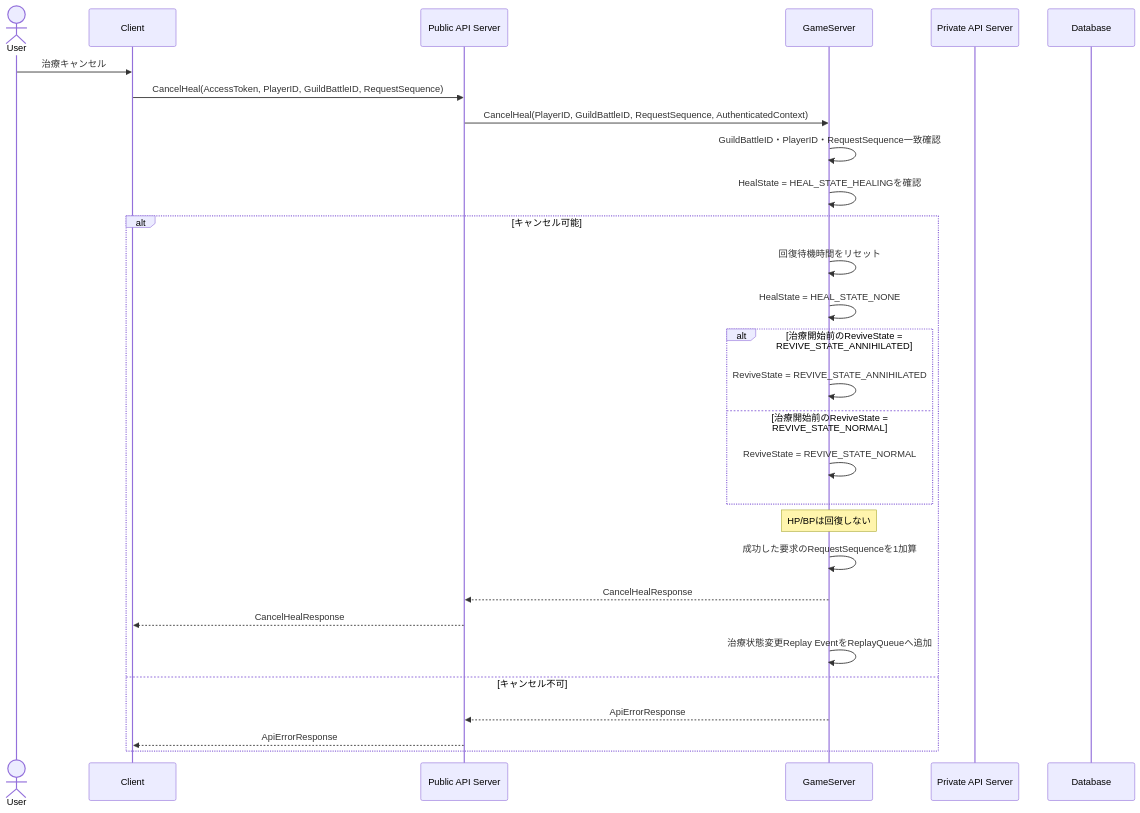
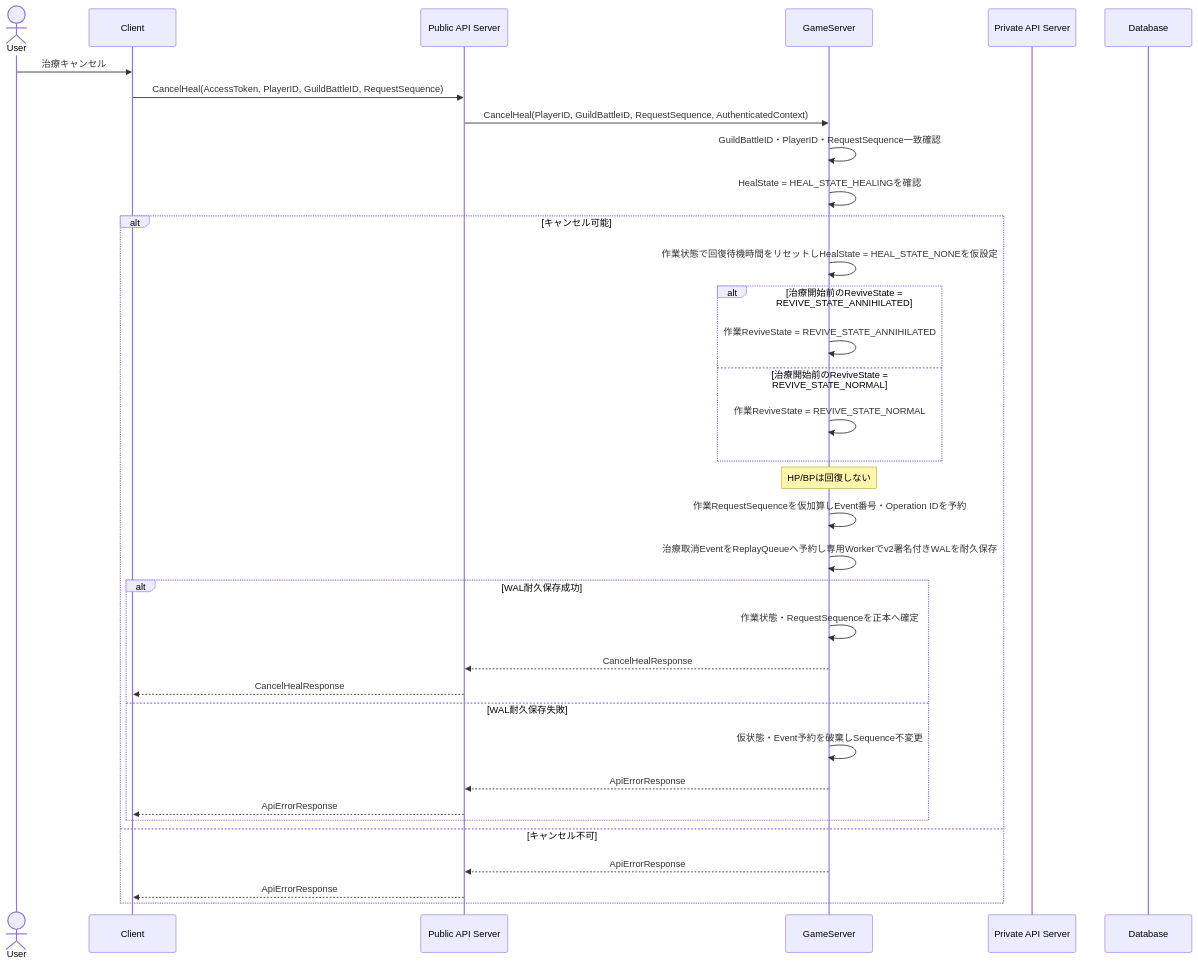
One commit to ReHydrangeaOdyssey/Specifications changed the ninth of 14 diagrams in design/server/guild_battle.md. Above: the diagram before and after it, drawn with Mermaid. The commit also changed other lines of this file and 8 other files, not shown here.

````diff
--- a/design/server/guild_battle.md
+++ b/design/server/guild_battle.md
@@ -484,35 +523,40 @@
 ```mermaid
 sequenceDiagram
     actor User
     participant Client
     participant PublicAPIServer as Public API Server
     participant GameServer
     participant PrivateAPIServer as Private API Server
     participant Database
 
     User->>Client: 治療キャンセル
     Client->>PublicAPIServer: CancelHeal(AccessToken, PlayerID, GuildBattleID, RequestSequence)
     PublicAPIServer->>GameServer: CancelHeal(PlayerID, GuildBattleID, RequestSequence, AuthenticatedContext)
 
     GameServer->>GameServer: GuildBattleID・PlayerID・RequestSequence一致確認
     GameServer->>GameServer: HealState = HEAL_STATE_HEALINGを確認
 
     alt キャンセル可能
-        GameServer->>GameServer: 回復待機時間をリセット
-        GameServer->>GameServer: HealState = HEAL_STATE_NONE
+        GameServer->>GameServer: 作業状態で回復待機時間をリセットしHealState = HEAL_STATE_NONEを仮設定
         alt 治療開始前のReviveState = REVIVE_STATE_ANNIHILATED
-            GameServer->>GameServer: ReviveState = REVIVE_STATE_ANNIHILATED
+            GameServer->>GameServer: 作業ReviveState = REVIVE_STATE_ANNIHILATED
         else 治療開始前のReviveState = REVIVE_STATE_NORMAL
-            GameServer->>GameServer: ReviveState = REVIVE_STATE_NORMAL
+            GameServer->>GameServer: 作業ReviveState = REVIVE_STATE_NORMAL
         end
         Note over GameServer: HP/BPは回復しない
-        GameServer->>GameServer: 成功した要求のRequestSequenceを1加算
-        GameServer-->>PublicAPIServer: CancelHealResponse
-        PublicAPIServer-->>Client: CancelHealResponse
-
-        GameServer ->> GameServer: 治療状態変更Replay EventをReplayQueueへ追加
+        GameServer->>GameServer: 作業RequestSequenceを仮加算しEvent番号・Operation IDを予約
+        GameServer->>GameServer: 治療取消EventをReplayQueueへ予約し専用Workerでv2署名付きWALを耐久保存
+        alt WAL耐久保存成功
+            GameServer->>GameServer: 作業状態・RequestSequenceを正本へ確定
+            GameServer-->>PublicAPIServer: CancelHealResponse
+            PublicAPIServer-->>Client: CancelHealResponse
+        else WAL耐久保存失敗
+            GameServer->>GameServer: 仮状態・Event予約を破棄しSequence不変更
+            GameServer-->>PublicAPIServer: ApiErrorResponse
+            PublicAPIServer-->>Client: ApiErrorResponse
+        end
     else キャンセル不可
         GameServer-->>PublicAPIServer: ApiErrorResponse
         PublicAPIServer-->>Client: ApiErrorResponse
     end
 ```
````
